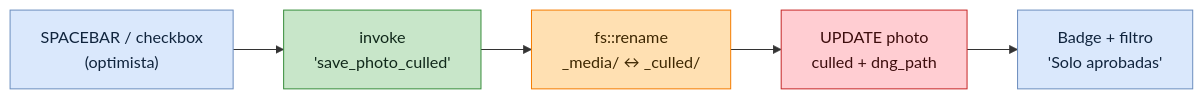
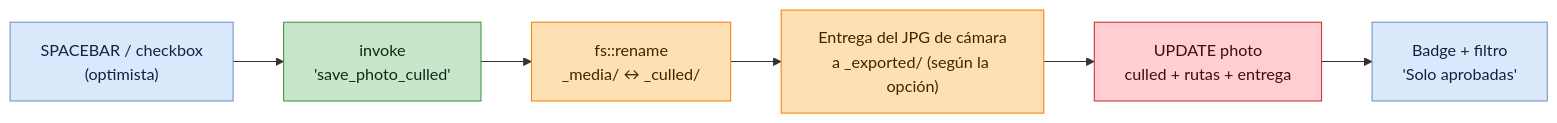
Before and after one commit to everitosan/lumik: the first of 5 diagrams in docs/useCases/flujo-culling.md, drawn with Mermaid. The commit also changed other lines of this file and 75 other files, not shown here.

First line of the commit message:
feat(desktop): pares RAW+JPEG y entrega del JPG de cámara

````diff
--- a/docs/useCases/flujo-culling.md
+++ b/docs/useCases/flujo-culling.md
@@ -14,19 +20,20 @@
 ```mermaid
 flowchart LR
     A["SPACEBAR / checkbox<br/>(optimista)"]
     B["invoke<br/>'save_photo_culled'"]
     C["fs::rename<br/>_media/ ↔ _culled/"]
-    D["UPDATE photo<br/>culled + dng_path"]
+    C2["Entrega del JPG de cámara<br/>a _exported/ (según la opción)"]
+    D["UPDATE photo<br/>culled + rutas + entrega"]
     E["Badge + filtro<br/>'Solo aprobadas'"]
 
-    A --> B --> C --> D --> E
+    A --> B --> C --> C2 --> D --> E
 
     classDef ui fill:#dae8fc,stroke:#6c8ebf,color:#10243d
     classDef ipc fill:#c8e6c9,stroke:#388e3c,color:#10281a
     classDef be fill:#ffe0b2,stroke:#f57c00,color:#3d2600
     classDef db fill:#ffcdd2,stroke:#c62828,color:#3d0d0d
     class A,E ui
     class B ipc
-    class C be
+    class C,C2 be
     class D db
 ```
````
